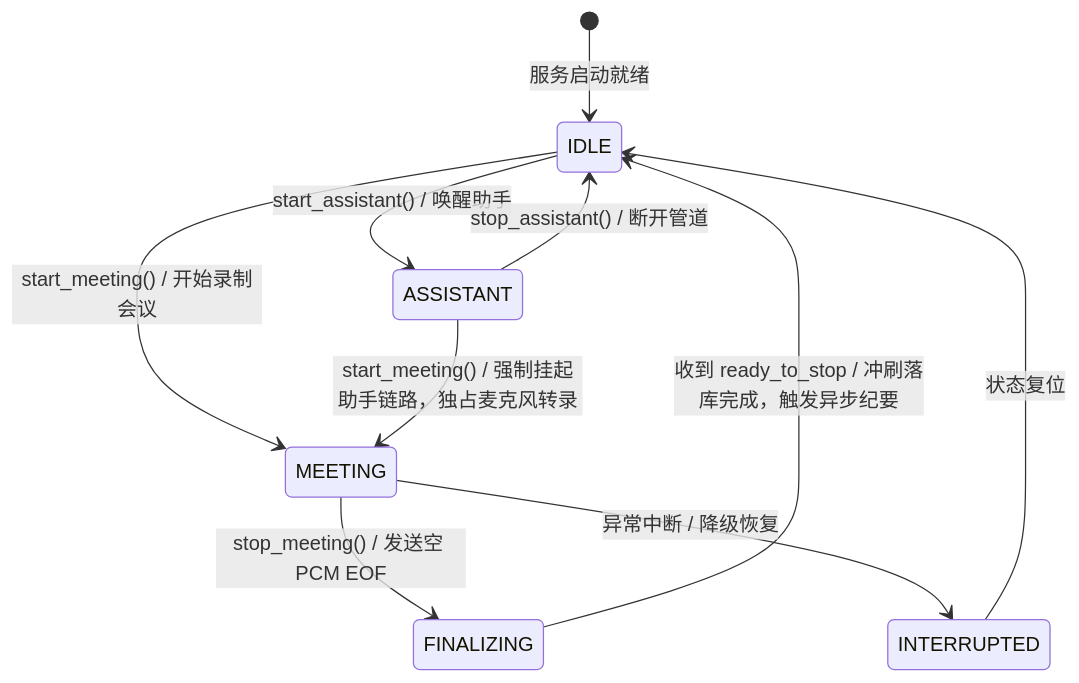
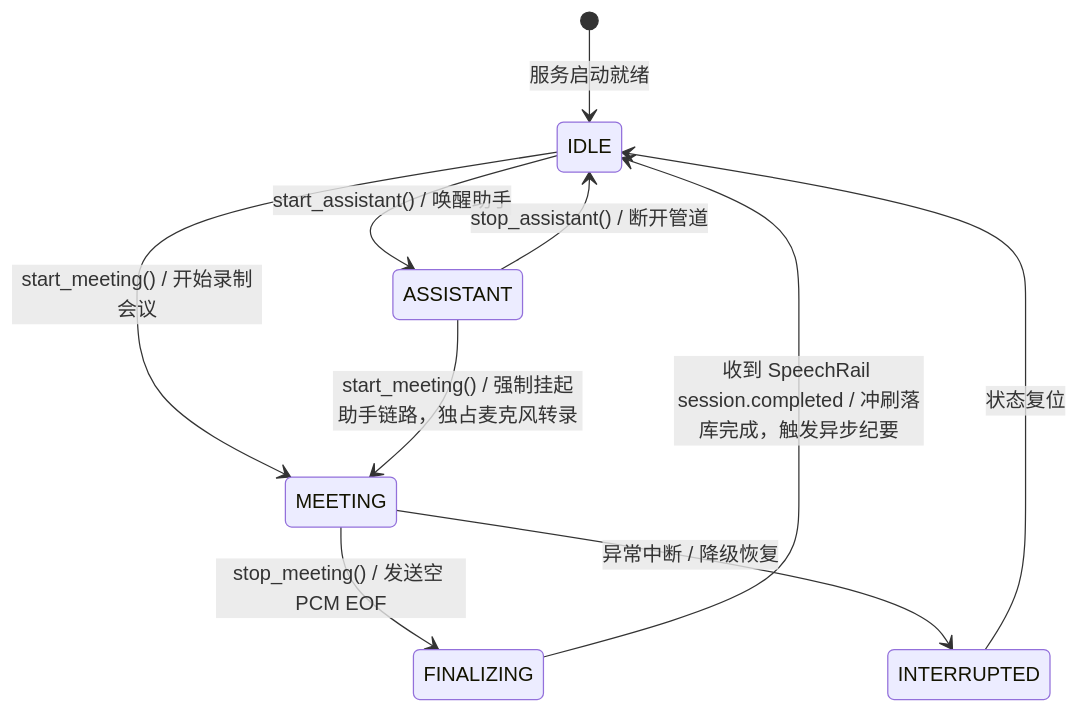
Before and after one commit to hrygo/voice-realtime: the second of 2 diagrams in docs/architecture/全链路语音交互与会议助手-技术方案与实施方案.md, drawn with Mermaid. The commit also changed other lines of this file and 38 other files, not shown here.

````diff
--- a/docs/architecture/全链路语音交互与会议助手-技术方案与实施方案.md
+++ b/docs/architecture/全链路语音交互与会议助手-技术方案与实施方案.md
@@ -140,14 +135,14 @@
 ```mermaid
 stateDiagram-v2
     [*] --> IDLE : 服务启动就绪
     IDLE --> ASSISTANT : start_assistant() / 唤醒助手
     ASSISTANT --> IDLE : stop_assistant() / 断开管道
 
     IDLE --> MEETING : start_meeting() / 开始录制会议
     ASSISTANT --> MEETING : start_meeting() / 强制挂起助手链路，独占麦克风转录
     MEETING --> FINALIZING : stop_meeting() / 发送空 PCM EOF
-    FINALIZING --> IDLE : 收到 ready_to_stop / 冲刷落库完成，触发异步纪要
+    FINALIZING --> IDLE : 收到 SpeechRail session.completed / 冲刷落库完成，触发异步纪要
 
     MEETING --> INTERRUPTED : 异常中断 / 降级恢复
     INTERRUPTED --> IDLE : 状态复位
 ```
````
